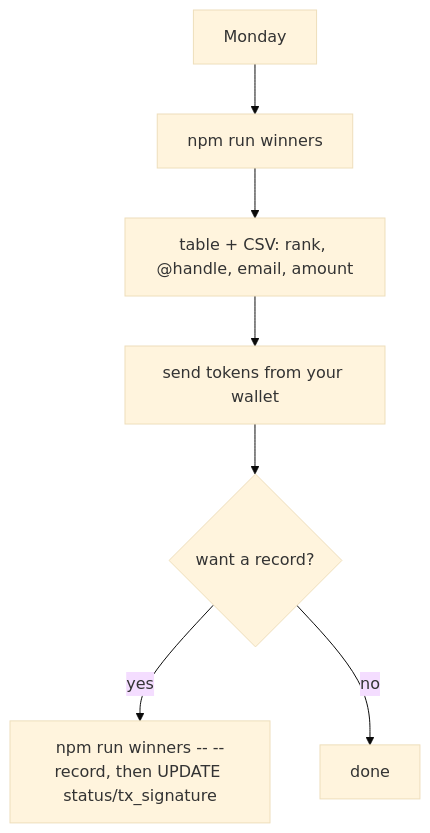
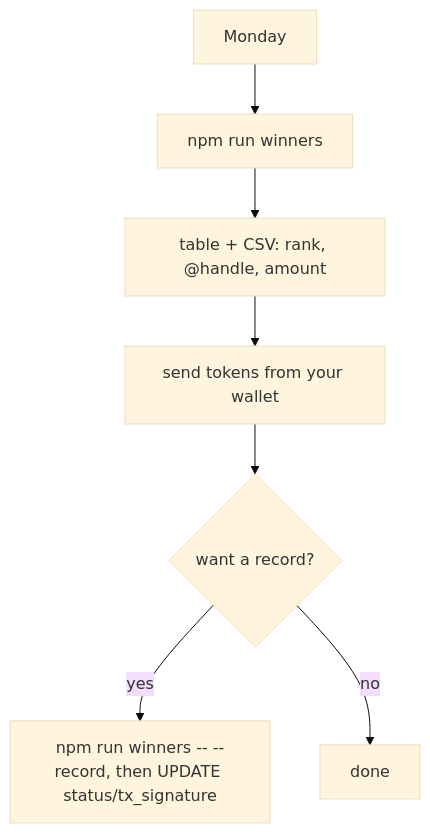
One commit to davide963-ux/cr-gr changed the fourth of 4 diagrams in README.md. Above: the diagram before and after it, drawn with Mermaid (base theme). The commit also changed other lines of this file and 12 other files, not shown here.

````diff
--- a/README.md
+++ b/README.md
@@ -57,9 +48,9 @@
 ```mermaid
 flowchart TD
   M[Monday] --> Q[npm run winners]
-  Q --> T[table + CSV: rank, @handle, email, amount]
+  Q --> T[table + CSV: rank, @handle, amount]
   T --> S[send tokens from your wallet]
   S --> R{want a record?}
   R -- yes --> REC[npm run winners -- --record, then UPDATE status/tx_signature]
   R -- no --> D[done]
 ```
````
